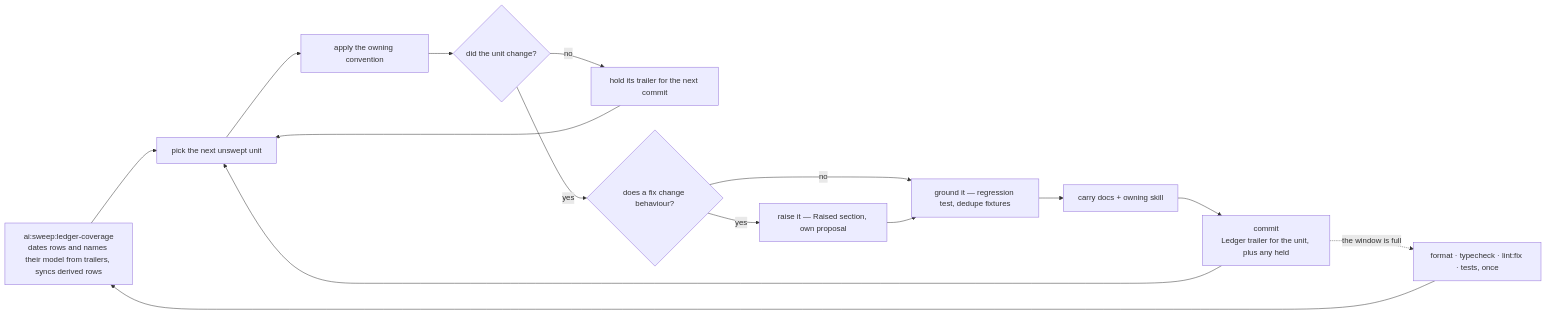
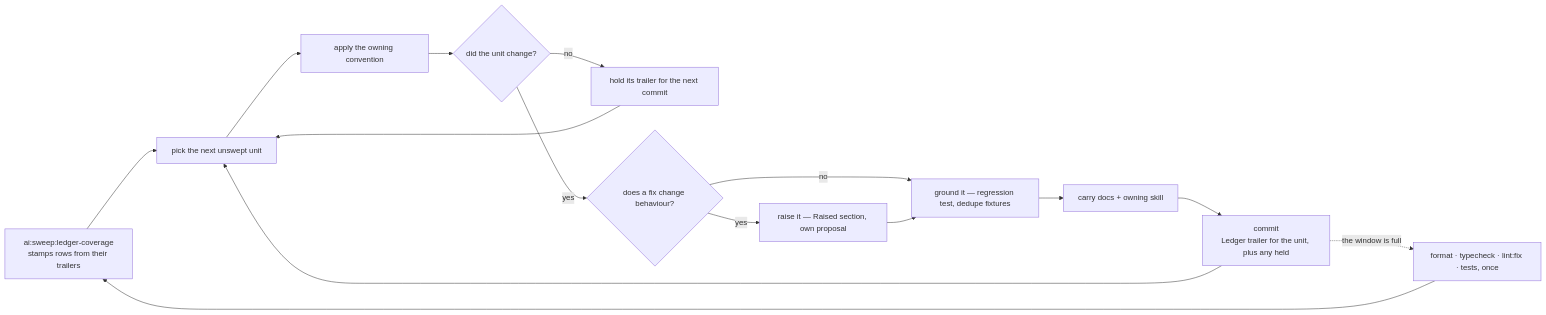
Before and after one commit to Esposter/Esposter: the diagram in .agents/skills/sweeps/SKILL.md, drawn with Mermaid.

Commit message:
fix(sweeps): the ledger-coverage label keeps to a name and one qualifier

````diff
--- a/.agents/skills/sweeps/SKILL.md
+++ b/.agents/skills/sweeps/SKILL.md
@@ -45,17 +45,17 @@
 ```mermaid
 flowchart LR
-  COVER["ai:sweep:ledger-coverage<br/>dates rows and names their model from trailers, syncs derived rows"] --> PICK["pick the next unswept unit"]
+  COVER["ai:sweep:ledger-coverage<br/>stamps rows from their trailers"] --> PICK["pick the next unswept unit"]
   PICK --> APPLY["apply the owning convention"]
   APPLY --> CHANGED{"did the unit change?"}
   CHANGED -->|"no"| HOLD["hold its trailer for the next commit"]
   HOLD --> PICK
   CHANGED -->|"yes"| GATE{"does a fix change behaviour?"}
   GATE -->|"yes"| RAISE["raise it — Raised section, own proposal"]
   GATE -->|"no"| TESTS["ground it — regression test, dedupe fixtures"]
   RAISE --> TESTS
   TESTS --> CARRY["carry docs + owning skill"]
   CARRY --> TICK["commit<br/>Ledger trailer for the unit, plus any held"]
   TICK --> PICK
   TICK -.->|"the window is full"| CHECK["format · typecheck · lint:fix · tests, once"]
   CHECK --> COVER
 ```
````
